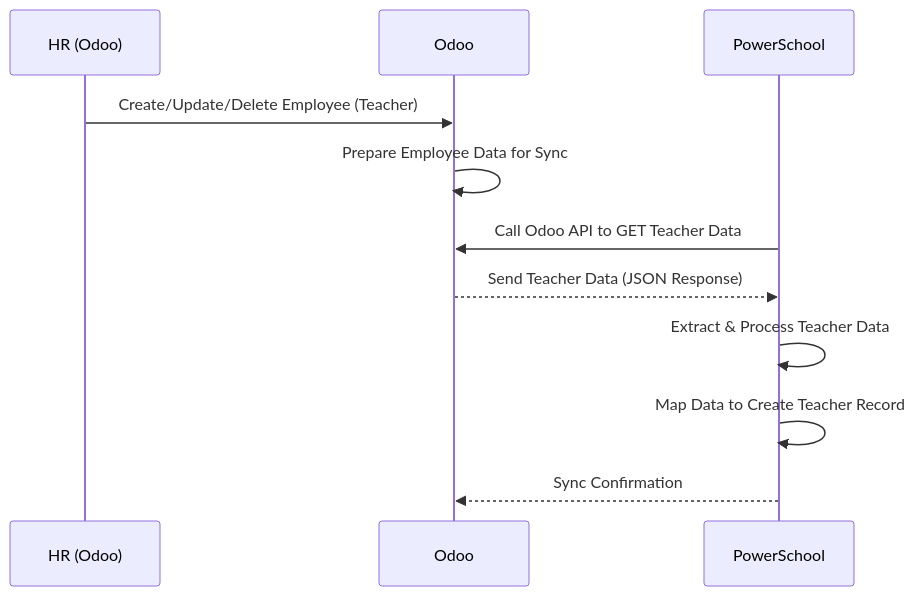
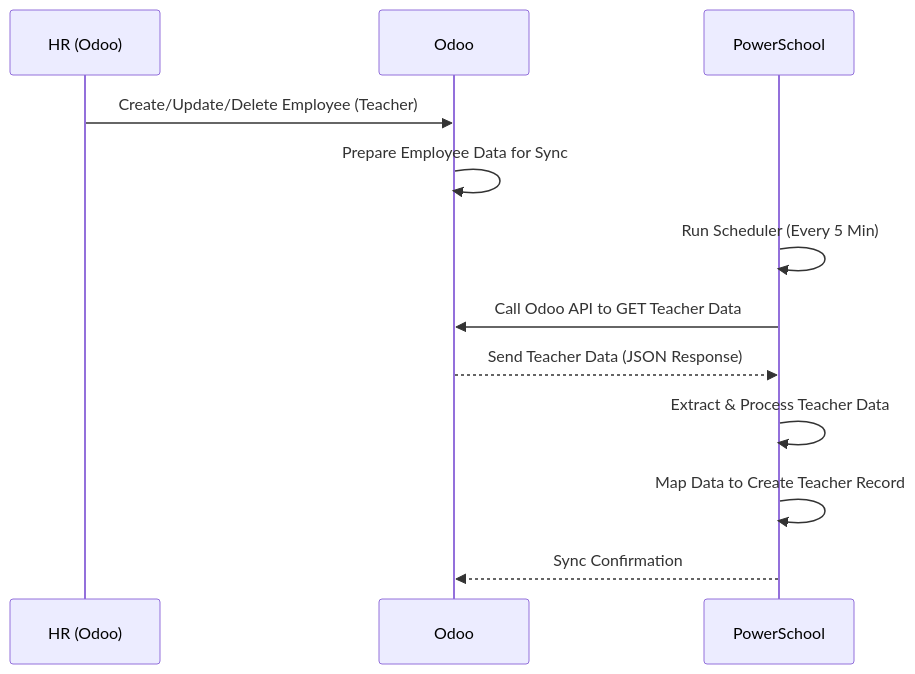
The second of 3 diagrams in PowerSchool Provides Rest API.md (kamalyui9/lincoln_school), drawn with Mermaid before and after one commit.

Commit message:
Update PowerSchool Provides Rest API.md

````diff
--- a/PowerSchool Provides Rest API.md
+++ b/PowerSchool Provides Rest API.md
@@ -23,15 +23,16 @@
 ```mermaid
 sequenceDiagram
     participant HR as HR (Odoo)
     participant Odoo as Odoo
     participant PowerSchool as PowerSchool
 
     HR->>Odoo: Create/Update/Delete Employee (Teacher)
     Odoo->>Odoo: Prepare Employee Data for Sync
+    PowerSchool->>PowerSchool: Run Scheduler (Every 5 Min)
     PowerSchool->>Odoo: Call Odoo API to GET Teacher Data
     Odoo-->>PowerSchool: Send Teacher Data (JSON Response)
     PowerSchool->>PowerSchool: Extract & Process Teacher Data
     PowerSchool->>PowerSchool: Map Data to Create Teacher Record
     PowerSchool-->>Odoo: Sync Confirmation
 
 ```
````
